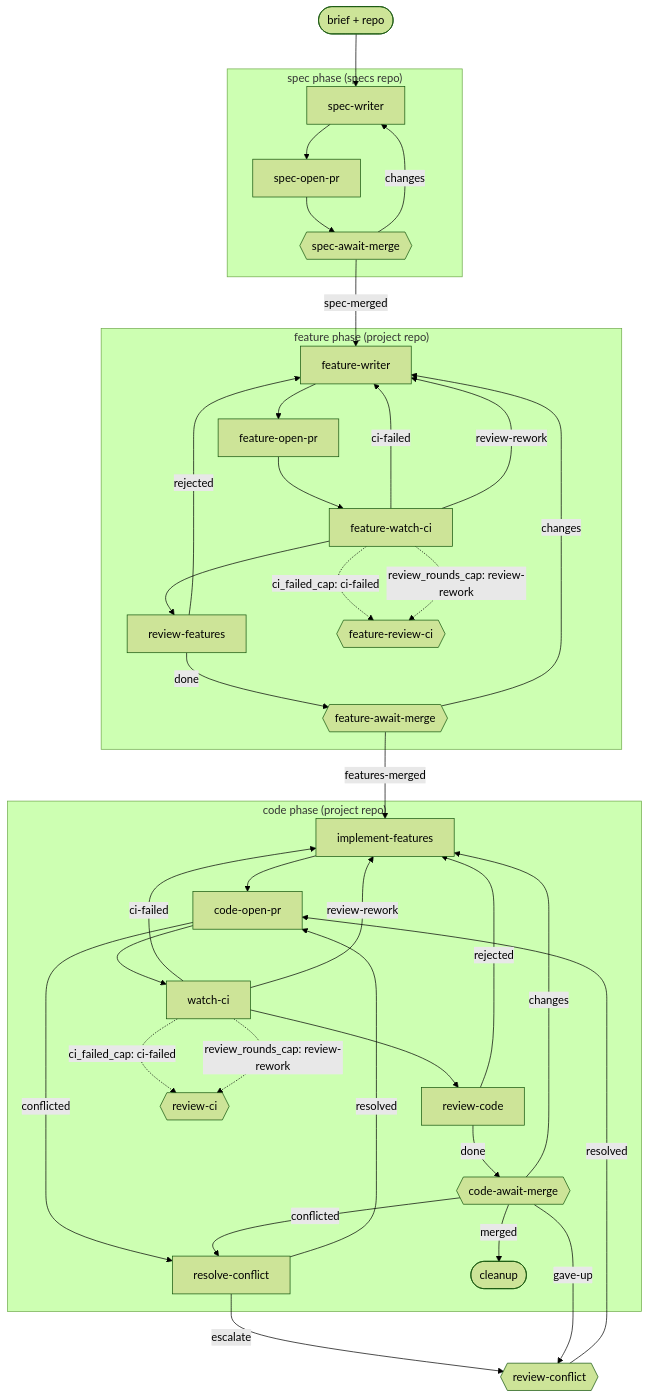
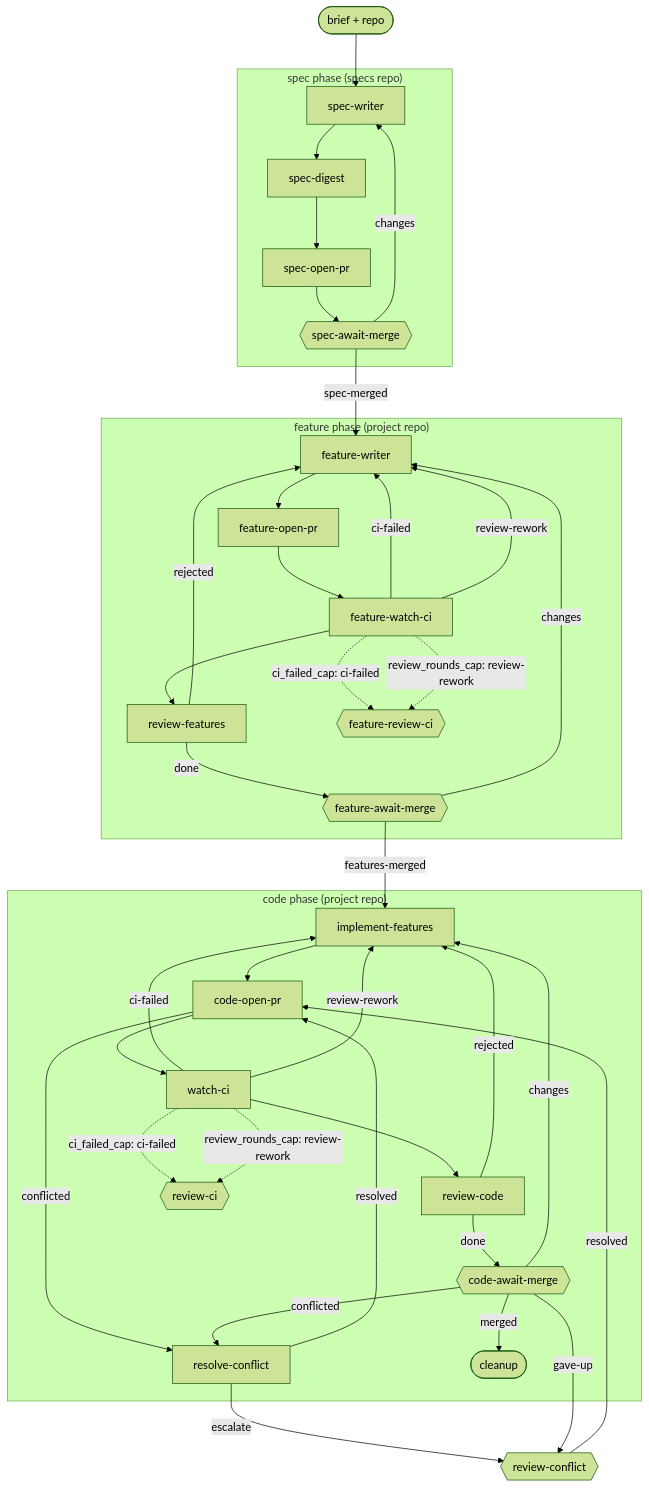
One commit to kenmclennan/lightcycle-workflows changed the diagram in docs/bdd-driven.md. Above: the diagram before and after it, drawn with Mermaid (forest theme). The commit also changed other lines of this file and 7 other files, not shown here.

First line of the commit message:
feat(spec-driven): add spec-digest step so the human can read a spec before merging it (#325)

````diff
--- a/docs/bdd-driven.md
+++ b/docs/bdd-driven.md
@@ -15,37 +15,37 @@
 ```mermaid
 flowchart TD
     brief(["brief + repo"]) --> SW["spec-writer"]
     subgraph S ["spec phase (specs repo)"]
-        SW --> SOP["spec-open-pr"] --> SAM{{"spec-await-merge"}}
+        SW --> SD["spec-digest"] --> SOP["spec-open-pr"] --> SAM{{"spec-await-merge"}}
         SAM -->|changes| SW
     end
     SAM -->|spec-merged| FW["feature-writer"]
     subgraph F ["feature phase (project repo)"]
         FW --> FOP["feature-open-pr"] --> FWCI["feature-watch-ci"] --> RF["review-features"]
         FWCI -->|ci-failed| FW
         FWCI -->|review-rework| FW
         FWCI -.->|"ci_failed_cap: ci-failed"| FRCI{{"feature-review-ci"}}
         FWCI -.->|"review_rounds_cap: review-rework"| FRCI
         RF -->|rejected| FW
         RF -->|done| FAM{{"feature-await-merge"}}
         FAM -->|changes| FW
     end
     FAM -->|features-merged| IF["implement-features"]
     subgraph C ["code phase (project repo)"]
         IF --> COP["code-open-pr"] --> WCI["watch-ci"] --> RC["review-code"]
         WCI -->|ci-failed| IF
         WCI -->|review-rework| IF
         WCI -.->|"ci_failed_cap: ci-failed"| RCI{{"review-ci"}}
         WCI -.->|"review_rounds_cap: review-rework"| RCI
         RC -->|rejected| IF
         RC -->|done| CAM{{"code-await-merge"}}
         CAM -->|changes| IF
         COP -->|conflicted| RCF["resolve-conflict"]
         CAM -->|conflicted| RCF
         RCF -->|resolved| COP
         CAM -->|merged| CU(["cleanup"])
     end
     RCF -->|escalate| RCON{{"review-conflict"}}
     CAM -->|gave-up| RCON
     RCON -->|resolved| COP
 ```
````
